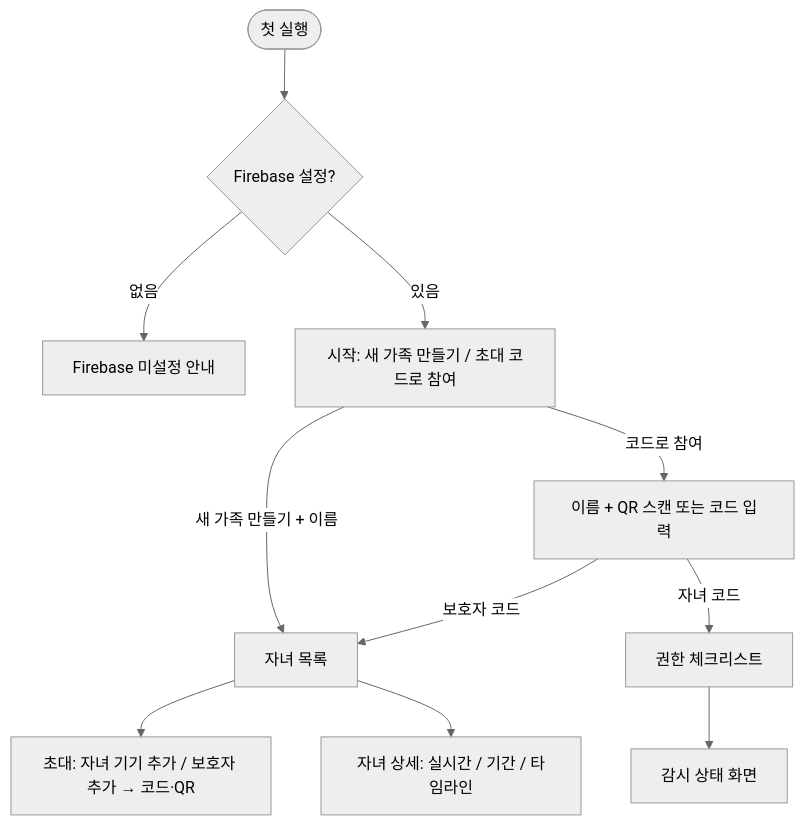
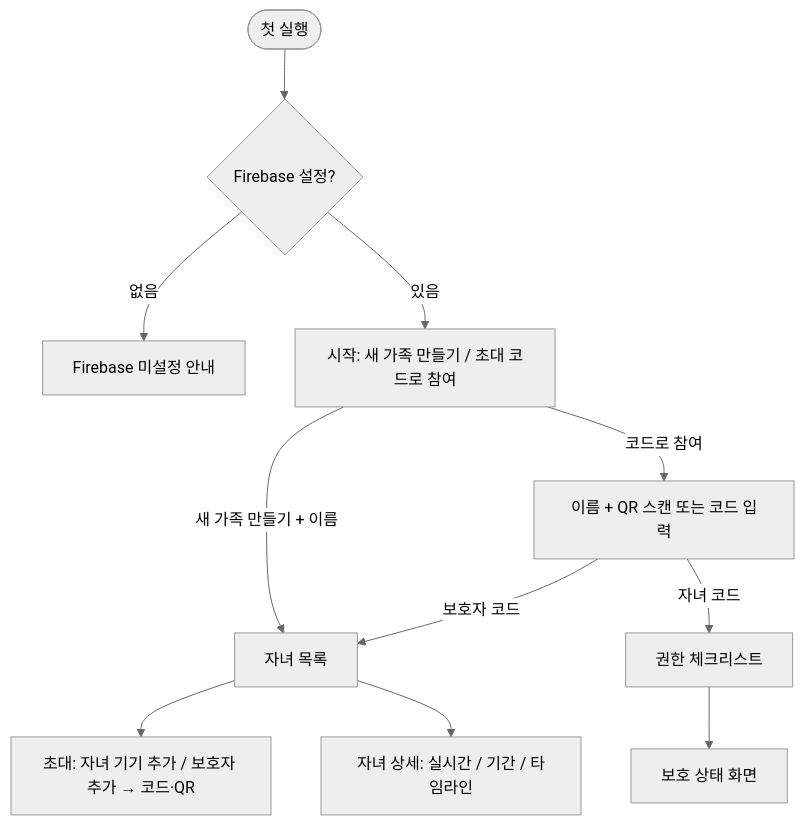
The first of 2 diagrams in docs/specification.md (hwanyu365/argos), drawn with Mermaid (neutral theme) before and after one commit. The commit also changed other lines of this file and 3 other files, not shown here.

````diff
--- a/docs/specification.md
+++ b/docs/specification.md
@@ -194,12 +196,12 @@
 ```mermaid
 flowchart TD
   Start([첫 실행]) --> Cfg{Firebase 설정?}
   Cfg -- 없음 --> NoCfg[Firebase 미설정 안내]
   Cfg -- 있음 --> W[시작: 새 가족 만들기 / 초대 코드로 참여]
   W -- 새 가족 만들기 + 이름 --> PHome
   W -- 코드로 참여 --> Join[이름 + QR 스캔 또는 코드 입력]
   Join -- 보호자 코드 --> PHome
-  Join -- 자녀 코드 --> Perm[권한 체크리스트] --> CHome[감시 상태 화면]
+  Join -- 자녀 코드 --> Perm[권한 체크리스트] --> CHome[보호 상태 화면]
   PHome[자녀 목록] --> Invite[초대: 자녀 기기 추가 / 보호자 추가 → 코드·QR]
   PHome --> Detail[자녀 상세: 실시간 / 기간 / 타임라인]
 ```
````
